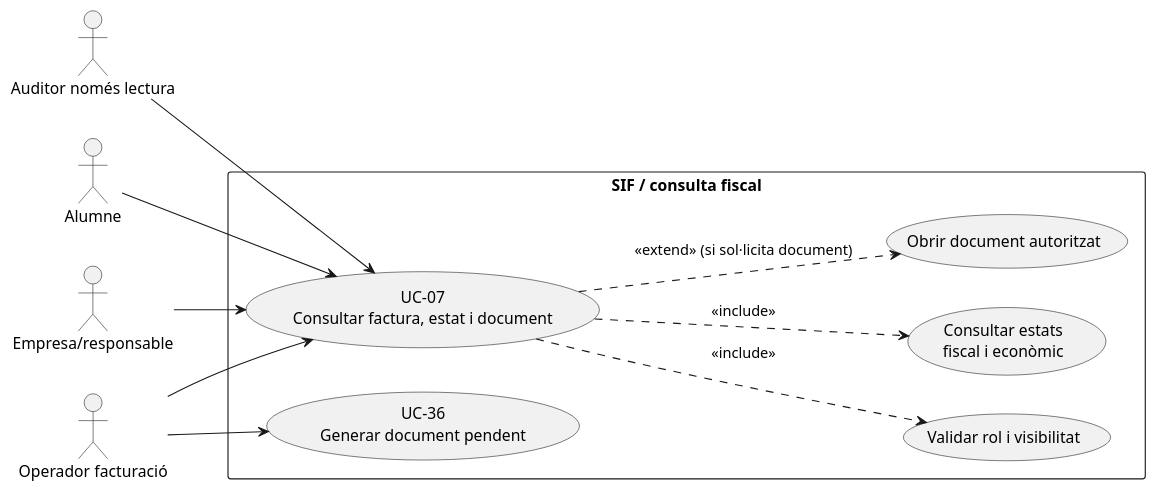
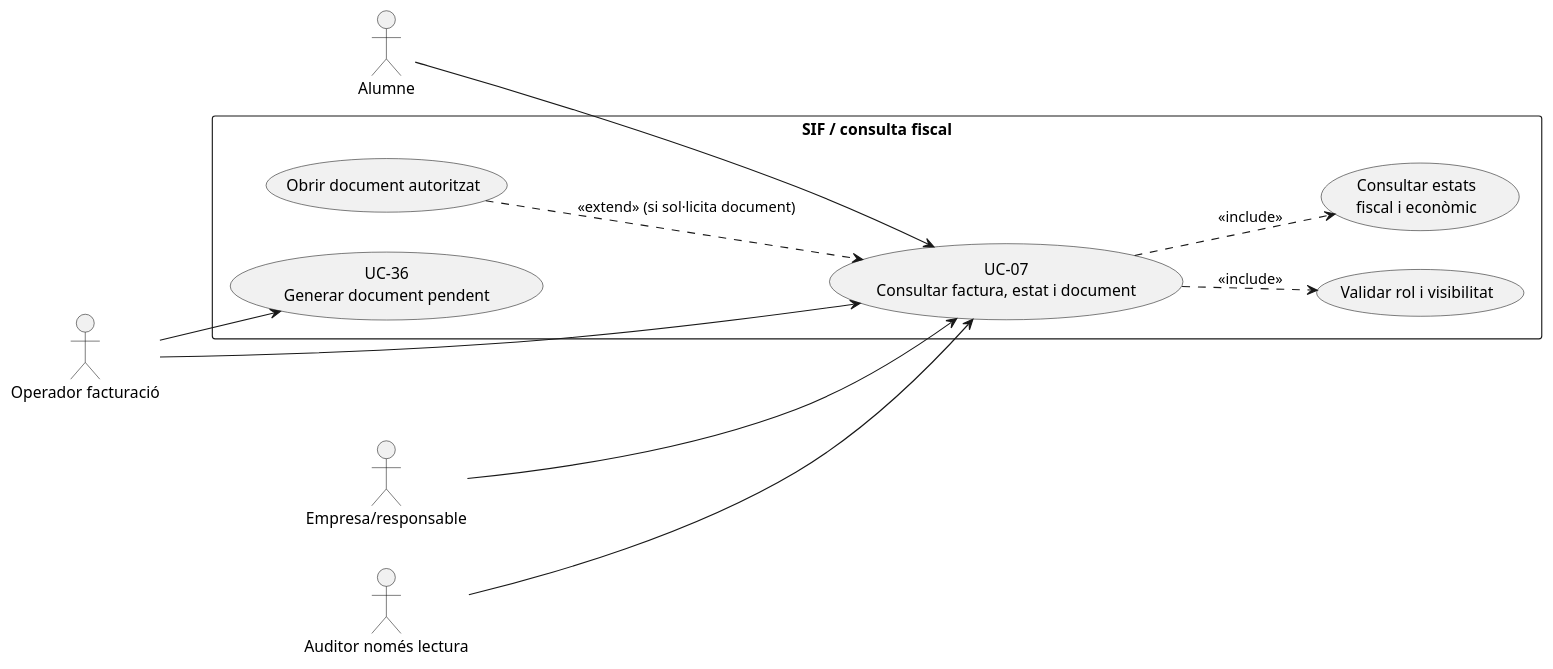
Before and after one commit to orgmeriemprismacat-del/verifactu: the first of 3 diagrams in documentacio/07-uml-integrat/uc-007-consultar-factura-estat-document.md, drawn with PlantUML.

Commit message:
docs: corregir sentit de relació UML extend a uc-007-consultar-factura-estat-document.md

````diff
--- a/documentacio/07-uml-integrat/uc-007-consultar-factura-estat-document.md
+++ b/documentacio/07-uml-integrat/uc-007-consultar-factura-estat-document.md
@@ -44,24 +44,24 @@
 ```plantuml
 @startuml
 left to right direction
 actor "Alumne" as Student
 actor "Empresa/responsable" as Company
 actor "Operador facturació" as Op
 actor "Auditor només lectura" as Audit
 rectangle "SIF / consulta fiscal" {
  usecase "UC-07\nConsultar factura, estat i document" as Consult
  usecase "Validar rol i visibilitat" as Auth
  usecase "Consultar estats\nfiscal i econòmic" as Status
  usecase "Obrir document autoritzat" as Doc
  usecase "UC-36\nGenerar document pendent" as Gen
 }
 Student --> Consult
 Company --> Consult
 Op --> Consult
 Audit --> Consult
 Consult ..> Auth : <<include>>
 Consult ..> Status : <<include>>
-Consult ..> Doc : <<extend>> (si sol·licita document)
+Doc ..> Consult : <<extend>> (si sol·licita document)
 Op --> Gen
 @enduml
 ```
````
